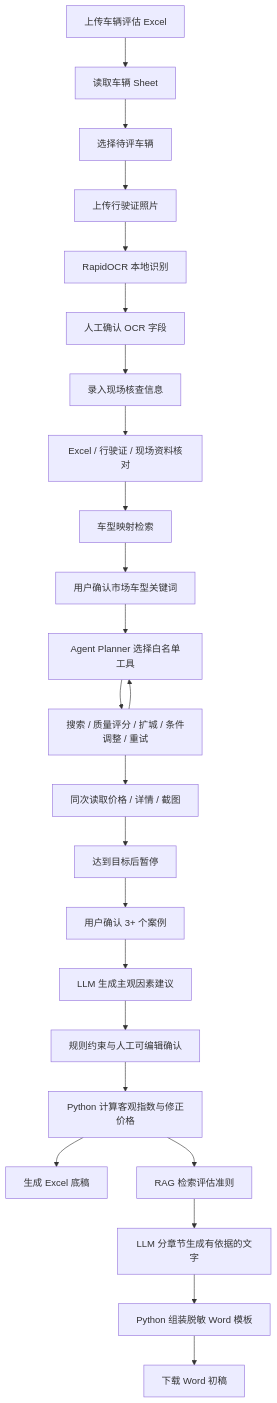
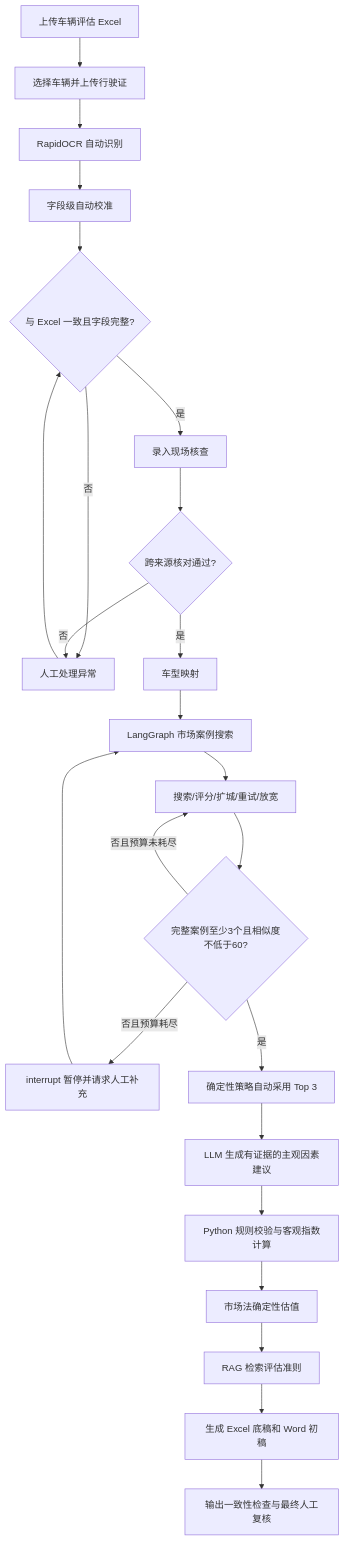
One commit to Spanorti08/vehicle-valuation-agent changed the diagram in README.md. Above: the diagram before and after it, drawn with Mermaid. The commit also changed other lines of this file and 17 other files, not shown here.

````diff
--- a/README.md
+++ b/README.md
@@ -157,26 +11,26 @@
 ```mermaid
 flowchart TD
-    A[上传车辆评估 Excel] --> B[读取车辆 Sheet]
-    B --> C[选择待评车辆]
-    C --> D[上传行驶证照片]
-    D --> E[RapidOCR 本地识别]
-    E --> F[人工确认 OCR 字段]
-    F --> G[录入现场核查信息]
-    G --> H[Excel / 行驶证 / 现场资料核对]
-    H --> I[车型映射检索]
-    I --> J[用户确认市场车型关键词]
-    J --> K[Agent Planner 选择白名单工具]
-    K --> L[搜索 / 质量评分 / 扩城 / 条件调整 / 重试]
-    L --> K
-    L --> N[同次读取价格 / 详情 / 截图]
-    N --> M[达到目标后暂停]
-    M --> M0[用户确认 3+ 个案例]
-    M0 --> O[LLM 生成主观因素建议]
-    O --> P[规则约束与人工可编辑确认]
-    P --> Q[Python 计算客观指数与修正价格]
-    Q --> R[生成 Excel 底稿]
-    Q --> S[RAG 检索评估准则]
-    S --> T[LLM 分章节生成有依据的文字]
-    T --> U[Python 组装脱敏 Word 模板]
-    U --> V[下载 Word 初稿]
+    A[上传车辆评估 Excel] --> B[选择车辆并上传行驶证]
+    B --> C[RapidOCR 自动识别]
+    C --> D[字段级自动校准]
+    D --> E{与 Excel 一致且字段完整?}
+    E -- 否 --> F[人工处理异常]
+    F --> E
+    E -- 是 --> G[录入现场核查]
+    G --> H{跨来源核对通过?}
+    H -- 否 --> F
+    H -- 是 --> I[车型映射]
+    I --> J[LangGraph 市场案例搜索]
+    J --> K[搜索/评分/扩城/重试/放宽]
+    K --> L{完整案例至少3个且相似度不低于60?}
+    L -- 否且预算未耗尽 --> K
+    L -- 否且预算耗尽 --> M[interrupt 暂停并请求人工补充]
+    M --> J
+    L -- 是 --> N[确定性策略自动采用 Top 3]
+    N --> O[LLM 生成有证据的主观因素建议]
+    O --> P[Python 规则校验与客观指数计算]
+    P --> Q[市场法确定性估值]
+    Q --> R[RAG 检索评估准则]
+    R --> S[生成 Excel 底稿和 Word 初稿]
+    S --> T[输出一致性检查与最终人工复核]
 ```
````
